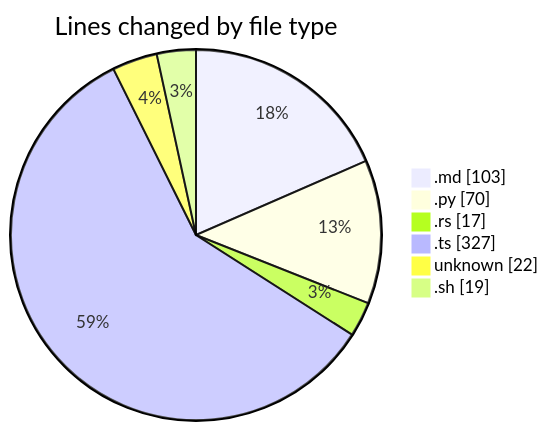
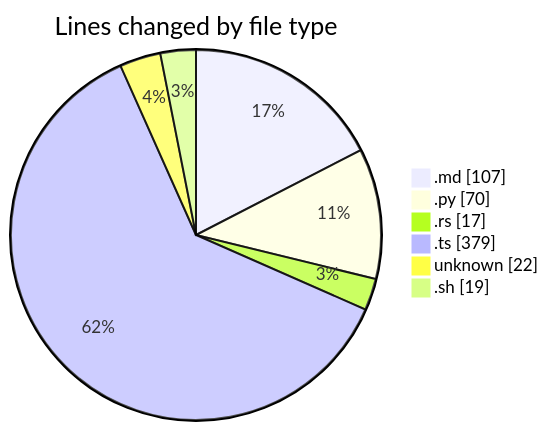
Before and after one commit to ernivani/code-tracking: the first of 2 diagrams in repositories/2024-12-28/leetcode-solutions/README.md, drawn with Mermaid. The commit also changed other lines of this file and 1 other file, not shown here.

````diff
--- a/repositories/2024-12-28/leetcode-solutions/README.md
+++ b/repositories/2024-12-28/leetcode-solutions/README.md
@@ -33,10 +36,10 @@
 ```mermaid
 pie showData
 title Lines changed by file type
-".md" : 103
+".md" : 107
 ".py" : 70
 ".rs" : 17
-".ts" : 327
+".ts" : 379
 "unknown" : 22
 ".sh" : 19
 ```
````
